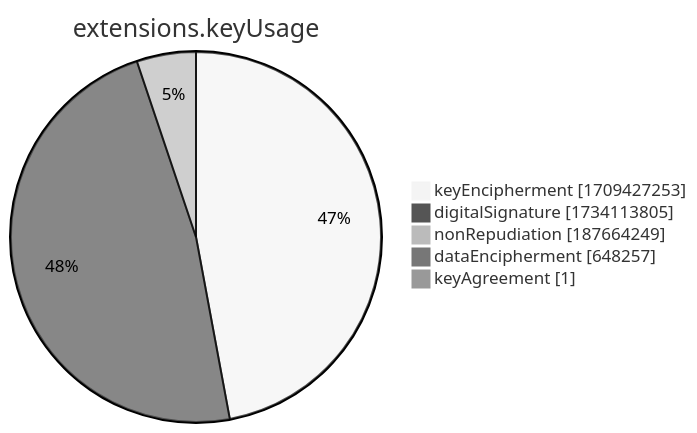
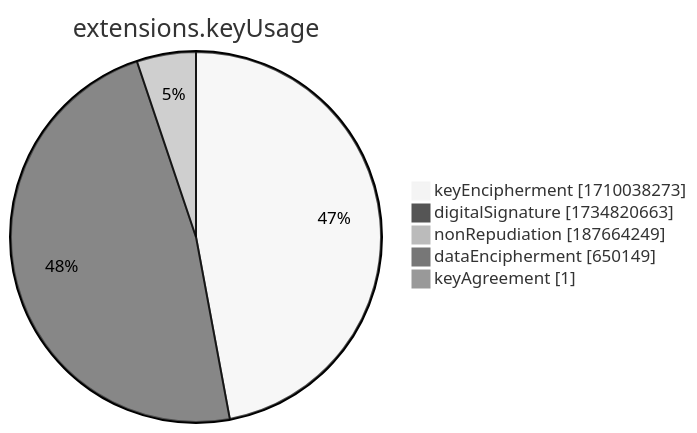
The seventh of 15 diagrams in xenon2022/README.md (christiankrug/ctmonitor_visualization), drawn with Mermaid (neutral theme) before and after one commit. The commit also changed other lines of this file, not shown here.

````diff
--- a/xenon2022/README.md
+++ b/xenon2022/README.md
@@ -2858,9 +2858,9 @@
 ```mermaid
 pie showData
 title extensions.keyUsage
-"keyEncipherment" :1709427253
-"digitalSignature" :1734113805
+"keyEncipherment" :1710038273
+"digitalSignature" :1734820663
 "nonRepudiation" :187664249
-"dataEncipherment" :648257
+"dataEncipherment" :650149
 "keyAgreement" :1
 ```
````
